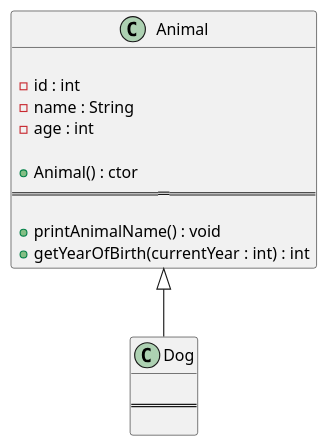
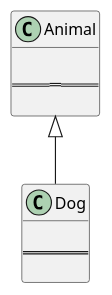
One commit to sshalem/JAVA changed the diagram in _8_Design_Patterns/UML/Inheritance_UML.puml. Above: the diagram before and after it, drawn with PlantUML.

```diff
--- a/_8_Design_Patterns/UML/Inheritance_UML.puml
+++ b/_8_Design_Patterns/UML/Inheritance_UML.puml
@@ -1,22 +1,15 @@
 @startuml
 class Animal {
 
-	- id : int
-	- name : String
-	- age : int
-
-    + Animal() : ctor
 ==================
 
-   + printAnimalName() : void
-   + getYearOfBirth(currentYear : int) : int
 }
 
 class Dog {
 
 ==
  
 }
 
 Animal <|-- Dog
 @enduml
```
